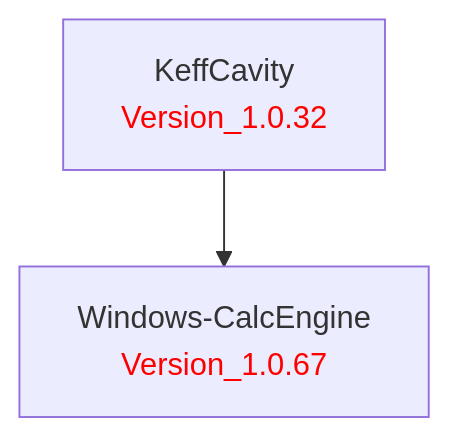
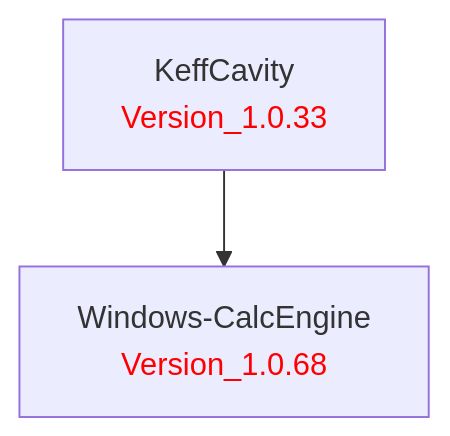
The diagram in doc/KeffCavity.md (LBNL-ETA/KeffCavity), drawn with Mermaid before and after one commit.

Commit message:
Update dependency diagram with current versions

````diff
--- a/doc/KeffCavity.md
+++ b/doc/KeffCavity.md
@@ -1,9 +1,9 @@
 ```mermaid
 graph TD
     %% Package definitions
-    WindowsCalcEngine[Windows-CalcEngine<br/><font color='red'>Version_1.0.67</font>]
-    KeffCavity[KeffCavity<br/><font color='red'>Version_1.0.32</font>]
+    KeffCavity[KeffCavity<br/><font color='red'>Version_1.0.33</font>]
+    WindowsCalcEngine[Windows-CalcEngine<br/><font color='red'>Version_1.0.68</font>]
 
     %% Package relations
     KeffCavity --> WindowsCalcEngine
 ```
````
